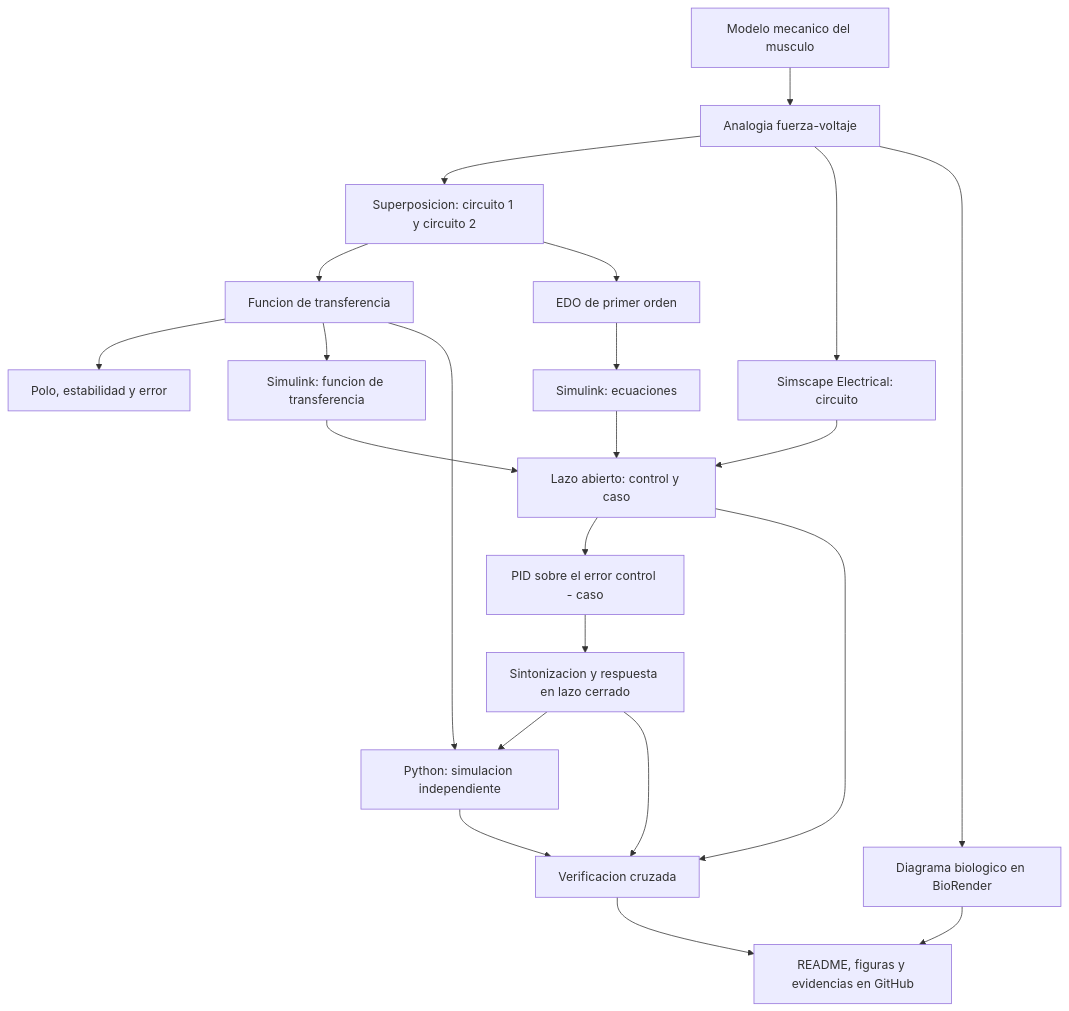
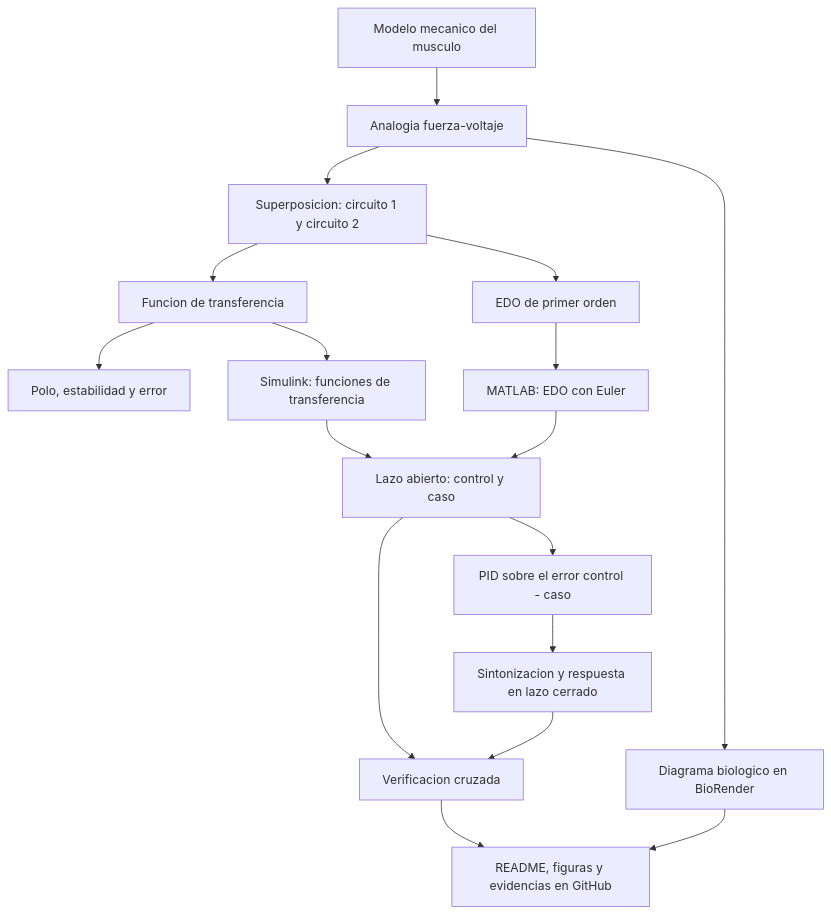
Before and after one commit to Nefga/MSFP3: the diagram in README.md, drawn with Mermaid. The commit also changed other lines of this file, not shown here.

````diff
--- a/README.md
+++ b/README.md
@@ -643,24 +660,19 @@
 ```mermaid
 flowchart TD
     A[Modelo mecanico del musculo] --> B[Analogia fuerza-voltaje]
     B --> C[Superposicion: circuito 1 y circuito 2]
     C --> D[Funcion de transferencia]
     C --> E[EDO de primer orden]
     D --> F[Polo, estabilidad y error]
-    E --> G[Simulink: ecuaciones]
-    D --> H[Simulink: funcion de transferencia]
-    B --> I[Simscape Electrical: circuito]
-    G --> J[Lazo abierto: control y caso]
-    H --> J
-    I --> J
-    J --> K[PID sobre el error control - caso]
-    K --> L[Sintonizacion y respuesta en lazo cerrado]
-    D --> M[Python: simulacion independiente]
-    L --> M
-    J --> N[Verificacion cruzada]
-    L --> N
+    D --> G[Simulink: funciones de transferencia]
+    E --> H[MATLAB: EDO con Euler]
+    G --> I[Lazo abierto: control y caso]
+    H --> I
+    I --> J[PID sobre el error control - caso]
+    J --> K[Sintonizacion y respuesta en lazo cerrado]
+    I --> L[Verificacion cruzada]
+    K --> L
+    B --> M[Diagrama biologico en BioRender]
+    L --> N[README, figuras y evidencias en GitHub]
     M --> N
-    B --> O[Diagrama biologico en BioRender]
-    N --> P[README, figuras y evidencias en GitHub]
-    O --> P
 ```
````
